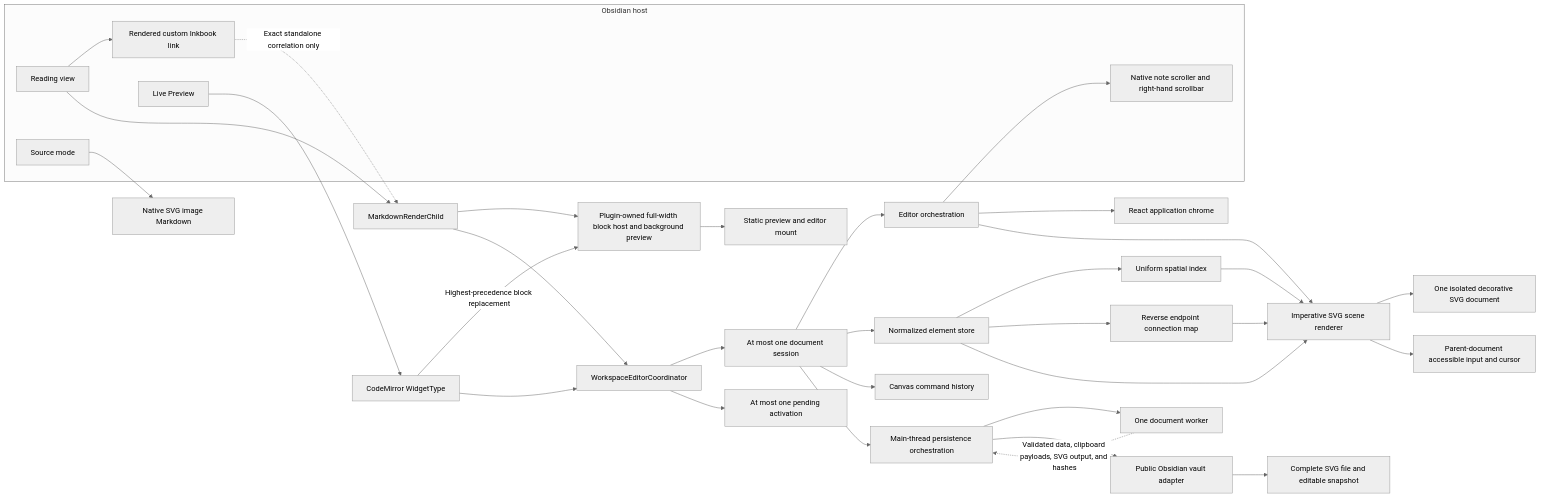
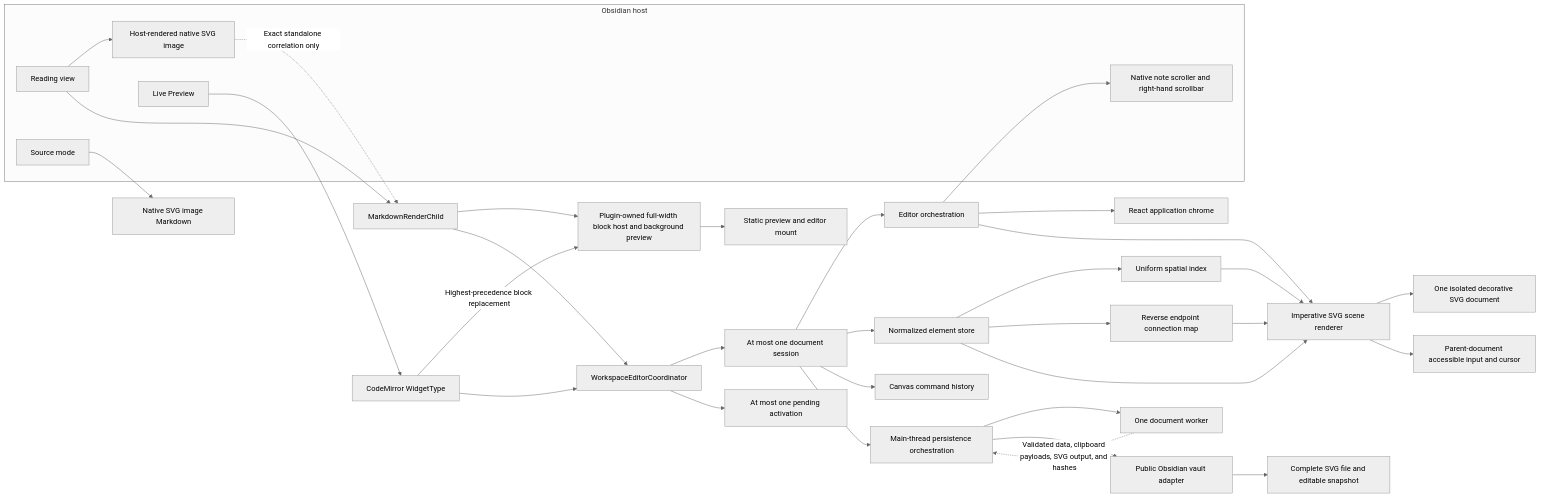
The first of 8 diagrams in docs/architecture-flows.md (boommasterxd/inkbook), drawn with Mermaid (neutral theme) before and after one commit. The commit also changed 166 other files, not shown here.

````diff
--- a/docs/architecture-flows.md
+++ b/docs/architecture-flows.md
@@ -7,45 +7,45 @@
 ```mermaid
 flowchart LR
   subgraph host["Obsidian host"]
     reading["Reading view"]
-    readingSource["Rendered custom Inkbook link"]
+    readingSource["Host-rendered native SVG image"]
     live["Live Preview"]
     source["Source mode"]
     noteScroller["Native note scroller and right-hand scrollbar"]
   end
 
   reading --> readingSource
   reading --> readingChild["MarkdownRenderChild"]
   live --> liveWidget["CodeMirror WidgetType"]
   source --> rawMarkdown["Native SVG image Markdown"]
 
   readingSource -. "Exact standalone correlation only" .-> readingChild
   readingChild --> ownedPreview["Plugin-owned full-width block host and background preview"]
   liveWidget -->|"Highest-precedence block replacement"| ownedPreview
   ownedPreview --> widgetPreview["Static preview and editor mount"]
   readingChild --> coordinator["WorkspaceEditorCoordinator"]
   liveWidget --> coordinator
 
   coordinator --> session["At most one document session"]
   coordinator --> pending["At most one pending activation"]
   session --> editor["Editor orchestration"]
   session --> store["Normalized element store"]
   session --> history["Canvas command history"]
   store --> index["Uniform spatial index"]
   store --> connections["Reverse endpoint connection map"]
 
   editor --> chrome["React application chrome"]
   editor --> scene["Imperative SVG scene renderer"]
   scene --> drawingSurface["One isolated decorative SVG document"]
   scene --> inputSurface["Parent-document accessible input and cursor"]
   store --> scene
   index --> scene
   connections --> scene
 
   session --> persistence["Main-thread persistence orchestration"]
   persistence --> worker["One document worker"]
   worker -. "Validated data, clipboard payloads, SVG output, and hashes" .-> persistence
   persistence --> vaultAdapter["Public Obsidian vault adapter"]
   vaultAdapter --> svgFile["Complete SVG file and editable snapshot"]
   editor --> noteScroller
 ```
````
